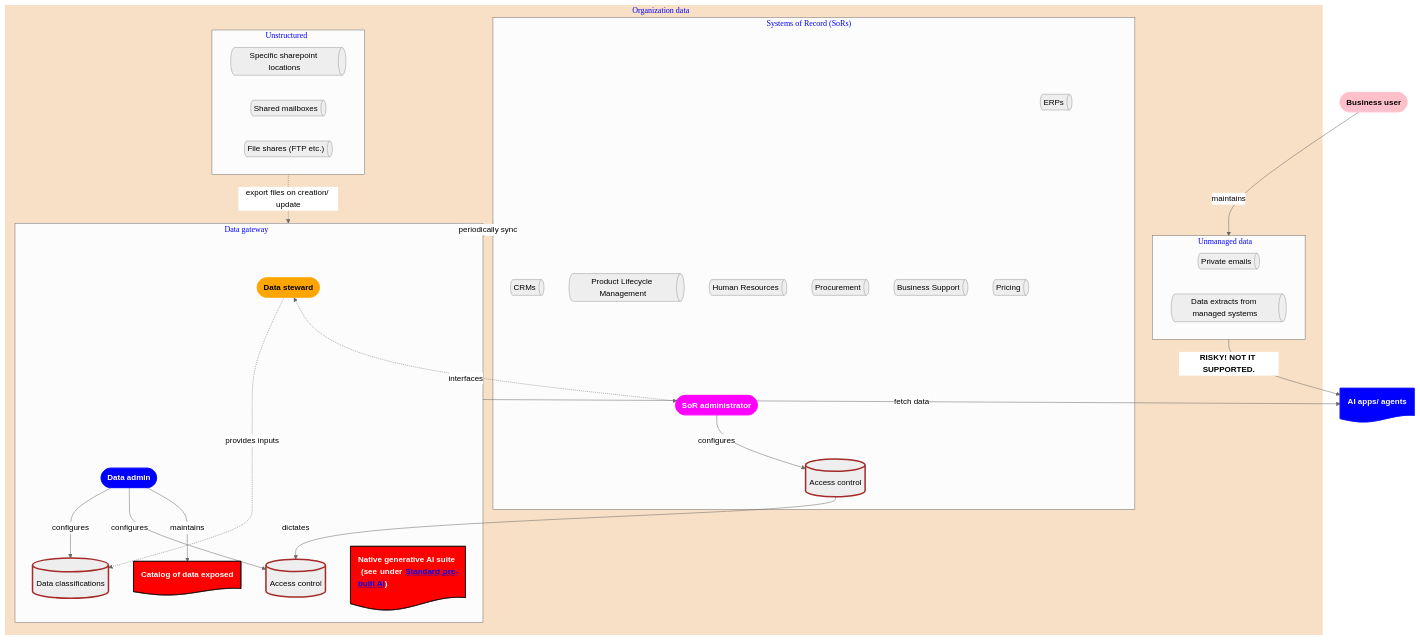
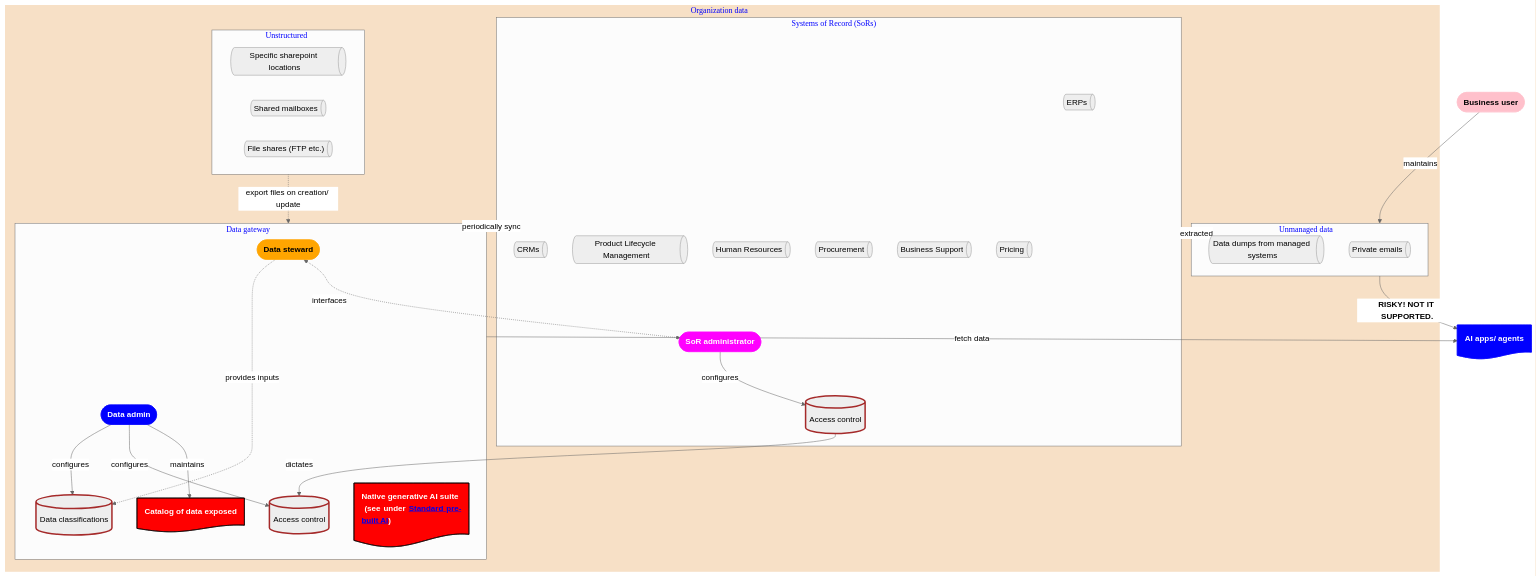
Before and after one commit to DuttaSoumya/AI-Architecture: the diagram in .assets/OrganizationData.md, drawn with Mermaid (neutral theme). The commit also changed 8 other files, not shown here.

````diff
--- a/.assets/OrganizationData.md
+++ b/.assets/OrganizationData.md
@@ -1,81 +1,82 @@
 ``` mermaid
 flowchart
     BizUser([Business user])
     class BizUser User_BIZ
 
     subgraph CompanyData[Organization data]
         subgraph GoldenSystemOfRecord[Data gateway]
             DataStewards(["Data steward"])
             class DataStewards User_DATA
             DataAdmin([Data admin])
             class DataAdmin User_DADM
 
             DataClassifications@{ shape: cyl, label: "Data classifications" }
             class DataClassifications Database
             DGAccessControl@{ shape: cyl, label: "Access control" }
             class DGAccessControl Database
 
             DataCatalog@{ shape: doc, label: "Catalog of data exposed" }
             class DataCatalog AiArtifacts
 
             DataLlmSuite@{ shape: doc, label: "Native generative AI suite<br/> (see under <a href="#data-governance">Standard pre-built AI</a>)" }
             class DataLlmSuite AiArtifacts
 
             DataAdmin -- configures --> DataClassifications
             DataAdmin -- configures --> DGAccessControl 
             DataStewards -. provides inputs .-> DataClassifications
         end
         style GoldenSystemOfRecord color:blue, font-family:Fantasy, Trebuchet MS
         subgraph Organized["Systems of Record (SoRs)"]
             ERPs@{ shape: h-cyl, label: "ERPs" }
             CRM@{ shape: h-cyl, label: "CRMs" }
             PLM@{ shape: h-cyl, label: "Product Lifecycle Management" }
             HR@{ shape: h-cyl, label: "Human Resources" }
             Procurement@{ shape: h-cyl, label: "Procurement" }
             SupportSystem@{ shape: h-cyl, label: "Business Support" }
             Pricing@{ shape: h-cyl, label: "Pricing" }
             SoRADMUser([SoR administrator])
             class SoRADMUser User_SoRADM
             SoRAccessControl@{ shape: cyl, label: "Access control" }
             class SoRAccessControl Database
 
             ERPs & CRM & PLM & HR & Procurement & SupportSystem & Pricing ~~~ SoRADMUser & SoRAccessControl
 
             SoRADMUser -- configures --> SoRAccessControl
         end
         style Organized color:blue, font-family:Fantasy, Trebuchet MS
         subgraph Unstructured[Unstructured]
             Sharepoint@{ shape: h-cyl, label: "Specific sharepoint locations" }
             SharedMailbox@{ shape: h-cyl, label: "Shared mailboxes" }
             FileShares@{ shape: h-cyl, label: "File shares (FTP etc.)" }
         end
         style Unstructured color:blue, font-family:Fantasy, Trebuchet M
         subgraph UnmanagedData[Unmanaged data]
             PrivateEmail@{ shape: h-cyl, label: "Private emails" }
-            Extract@{ shape: h-cyl, label: "Data extracts from managed systems" }
+            Extract@{ shape: h-cyl, label: "Data dumps from managed systems" }
         end
         style UnmanagedData color:blue, font-family:Fantasy, Trebuchet MS
 
         DataStewards <-. interfaces .-> SoRADMUser
         Organized -. periodically sync .-> GoldenSystemOfRecord
         Unstructured -. export files on creation/ update .-> GoldenSystemOfRecord
         SoRAccessControl -- dictates --> DGAccessControl
         DataAdmin -- maintains --> DataCatalog
+        Organized -- extracted --> Extract
     end
     style CompanyData stroke:None, fill:#f7e0c6, color:blue, font-family:Fantasy, Trebuchet MS
 
     AiApp@{ shape: doc, label: "**AI apps/ agents**" }
     class AiApp AiApps
 
     BizUser -- maintains --> UnmanagedData
     GoldenSystemOfRecord -- fetch data --> AiApp
     UnmanagedData -- <b>RISKY! NOT IT SUPPORTED.</b> --> AiApp
 
     classDef User_DATA stroke:Orange, fill:Orange, font-family:Arial, color:Black, font-weight:Bold
     classDef User_DADM stroke:Blue, fill:Blue, color: White, font-family:Arial, font-weight:Bold
     classDef User_SoRADM stroke:Magenta, fill:Magenta, color: White, font-family:Arial, font-weight:Bold
     classDef User_BIZ stroke:Pink, fill:Pink, font-family:Arial, color:Black, font-weight:Bold
     classDef AiArtifacts stroke: Black, fill: Red, color: White, font-family: Arial, font-weight: bold, text-align:justify, text-justify:inter-word
     classDef AiApps stroke: Blue, fill: Blue, color: White, font-family: Arial, font-weight: bold, text-align:justify, text-justify:inter-word
     classDef Database stroke: Brown, stroke-width: 3px, text-align:justify, text-justify:inter-word
 ```
````
